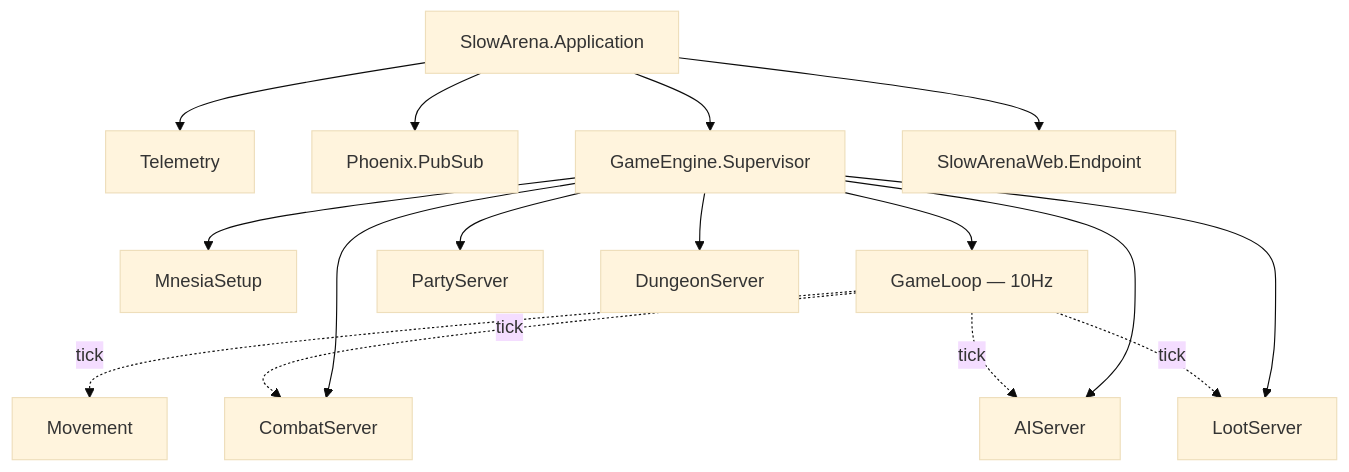
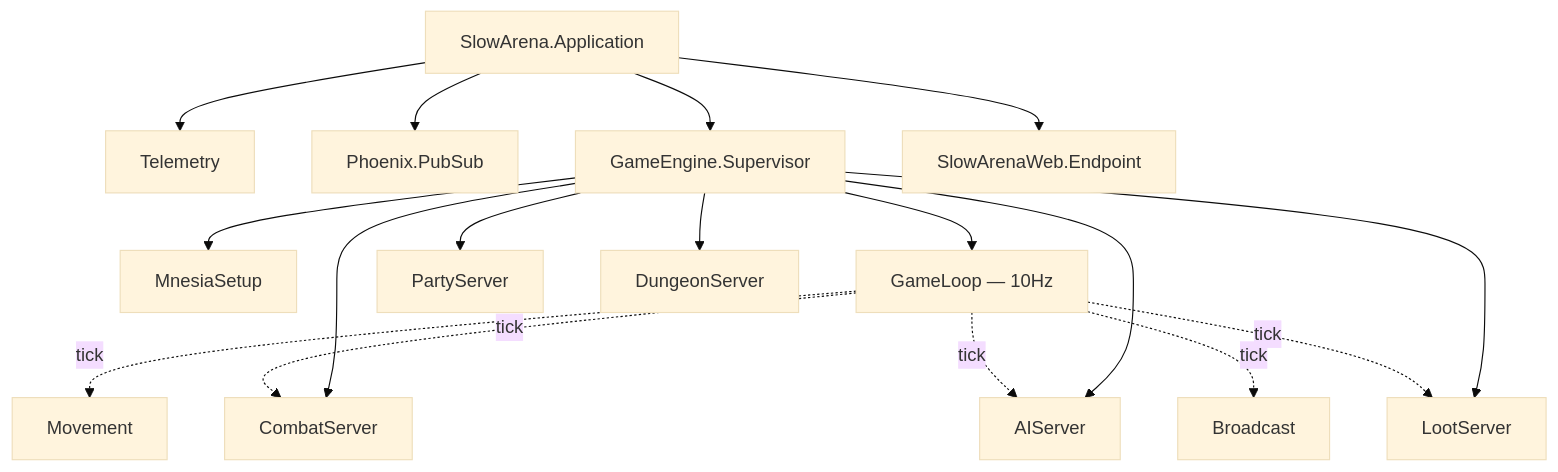
The first of 5 diagrams in README.md (phiat/slow-arena), drawn with Mermaid (base theme) before and after one commit. The commit also changed other lines of this file and 2 other files, not shown here.

First line of the commit message:
Update all diagrams and table lists to match current codebase

````diff
--- a/README.md
+++ b/README.md
@@ -18,20 +18,21 @@
 ```mermaid
 graph TD
     App[SlowArena.Application] --> Telemetry
     App --> PubSub[Phoenix.PubSub]
     App --> GE[GameEngine.Supervisor]
     App --> Web[SlowArenaWeb.Endpoint]
 
     GE --> Mnesia[MnesiaSetup]
     GE --> Loop[GameLoop — 10Hz]
     GE --> Combat[CombatServer]
     GE --> AI[AIServer]
     GE --> Loot[LootServer]
     GE --> Party[PartyServer]
     GE --> Dungeon[DungeonServer]
 
     Loop -.->|tick| Movement
     Loop -.->|tick| AI
     Loop -.->|tick| Combat
     Loop -.->|tick| Loot
+    Loop -.->|tick| Broadcast
 ```
````
